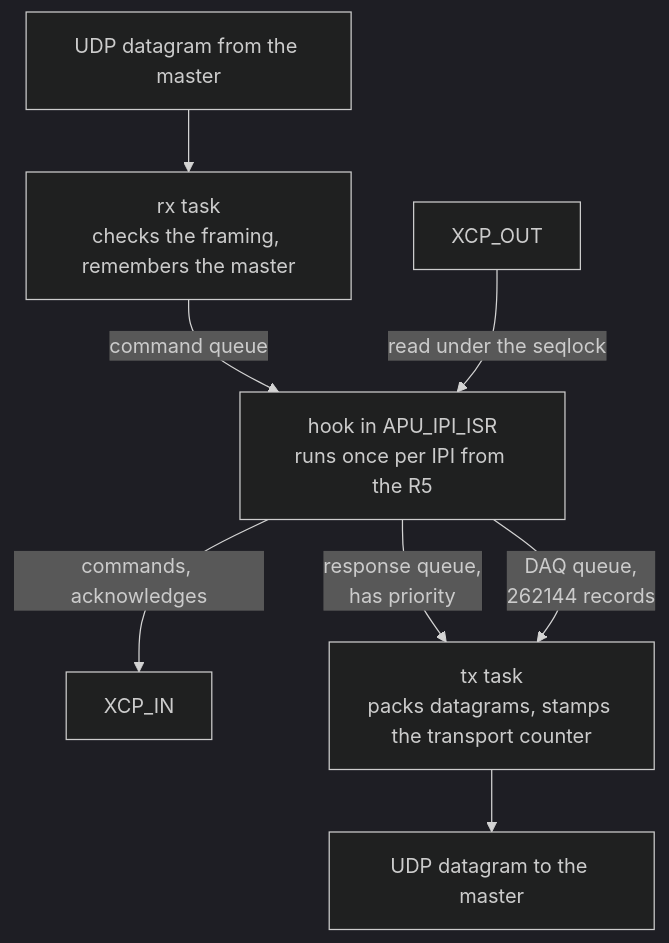
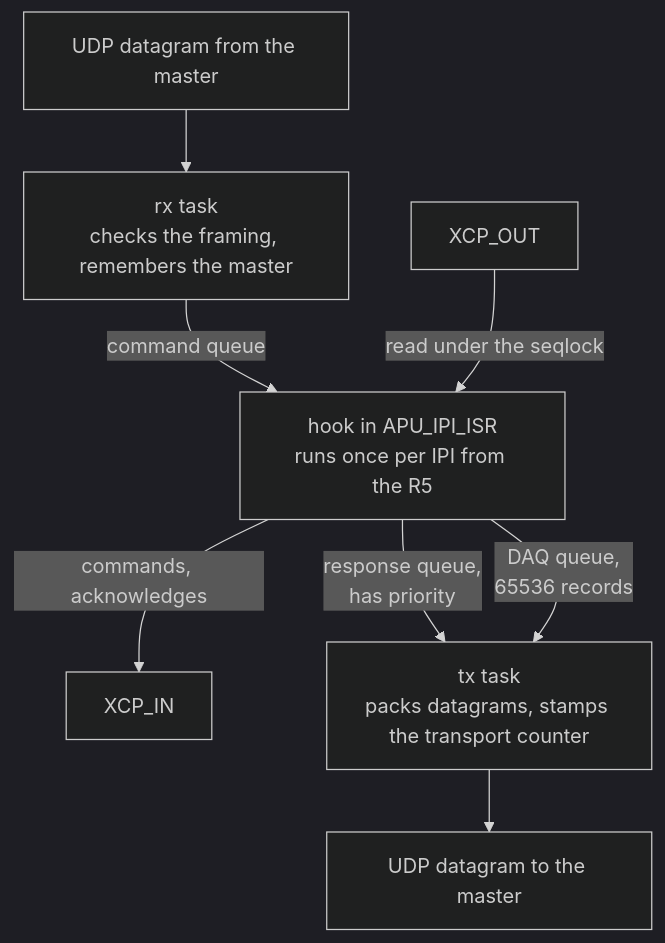
One commit to ultrazohm/ultrazohm_sw changed the third of 5 diagrams in docs/source/guide/XCP/XCP_architecture.rst. Above: the diagram before and after it, drawn with Mermaid (dark theme). The commit also changed other lines of this file and 4 other files, not shown here.

```diff
--- a/docs/source/guide/XCP/XCP_architecture.rst
+++ b/docs/source/guide/XCP/XCP_architecture.rst
@@ -114,12 +132,12 @@
 .. mermaid::
     :align: center
     :caption: Tasks, queues and interrupt hook of the gateway on the A53
 
     flowchart TB
       min["UDP datagram from the master"] --> rx["rx task<br>checks the framing, remembers the master"]
       rx -- "command queue" --> isr["hook in APU_IPI_ISR<br>runs once per IPI from the R5"]
       xout["XCP_OUT"] -- "read under the seqlock" --> isr
       isr -- "commands, acknowledges" --> xin["XCP_IN"]
       isr -- "response queue,<br>has priority" --> tx["tx task<br>packs datagrams, stamps the transport counter"]
-      isr -- "DAQ queue,<br>262144 records" --> tx
+      isr -- "DAQ queue,<br>65536 records" --> tx
       tx --> mout["UDP datagram to the master"]
```
